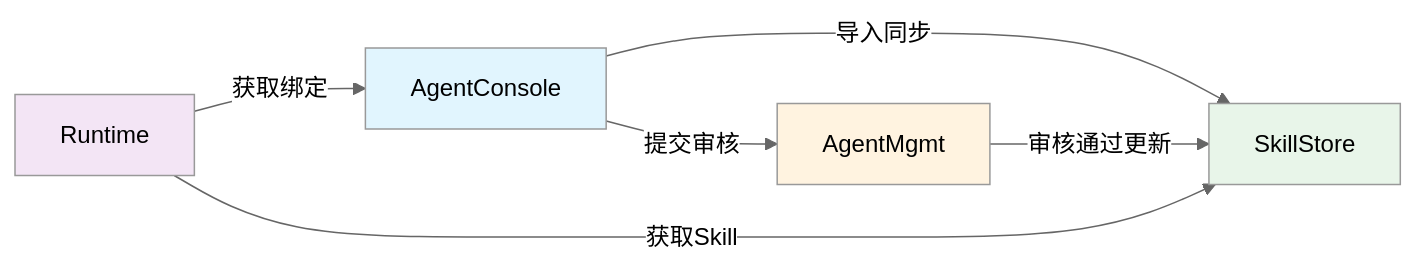
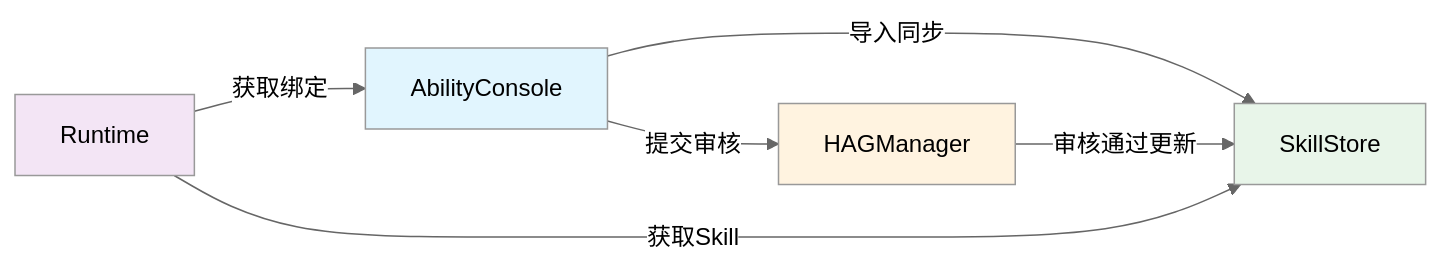
Before and after one commit to jinyule/xiaoyi-skill-mgmt: the second of 7 diagrams in structured-giggling-prism.md, drawn with Mermaid (neutral theme). The commit also changed other lines of this file and 5 other files, not shown here.

````diff
--- a/structured-giggling-prism.md
+++ b/structured-giggling-prism.md
@@ -57,13 +57,13 @@
 ```mermaid
 graph LR
-    AC[AgentConsole] -->|导入同步| SS[SkillStore]
-    AC -->|提交审核| AM[AgentMgmt]
+    AC[AbilityConsole] -->|导入同步| SS[SkillStore]
+    AC -->|提交审核| AM[HAGManager]
     AM -->|审核通过更新| SS
     RT[Runtime] -->|获取绑定| AC
     RT -->|获取Skill| SS
 
     style AC fill:#e1f5fe
     style AM fill:#fff3e0
     style SS fill:#e8f5e9
     style RT fill:#f3e5f5
 ```
````
